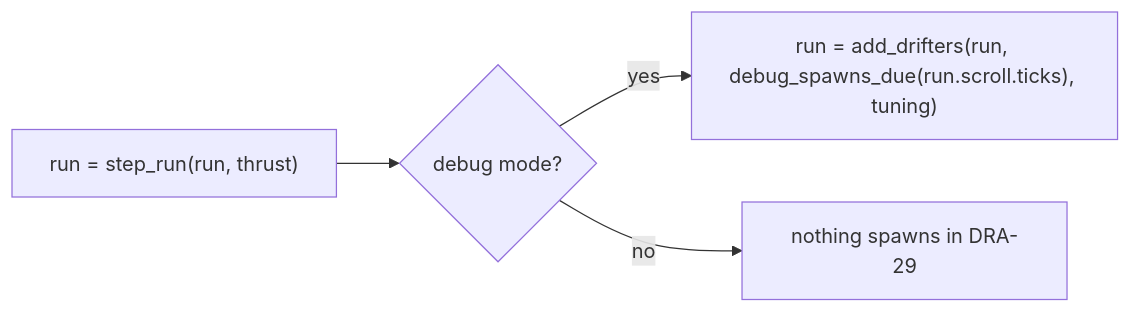
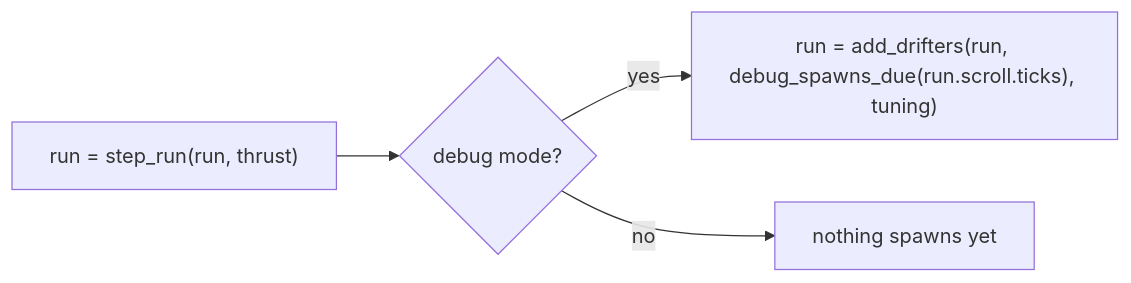
The third of 3 diagrams in docs/contracts/systems/run.md (david-mntl/driftward-ace), drawn with Mermaid before and after one commit. The commit also changed other lines of this file and 13 other files, not shown here.

Commit message:
docs(contracts): add satellite, hazards and debug spawn list schemas, update drifters, run and app specs, add DRA-39 tasks

````diff
--- a/docs/contracts/systems/run.md
+++ b/docs/contracts/systems/run.md
@@ -77,6 +78,6 @@
 ```mermaid
 flowchart LR
   T["run = step_run(run, thrust)"] --> D{"debug mode?"}
   D -- yes --> A["run = add_drifters(run, debug_spawns_due(run.scroll.ticks), tuning)"]
-  D -- no --> X["nothing spawns in DRA-29"]
+  D -- no --> X["nothing spawns yet"]
 ```
````
